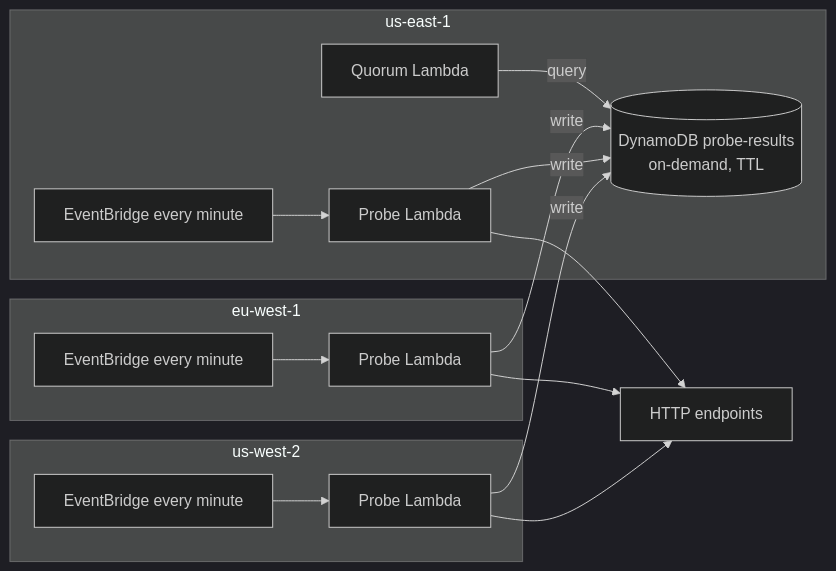
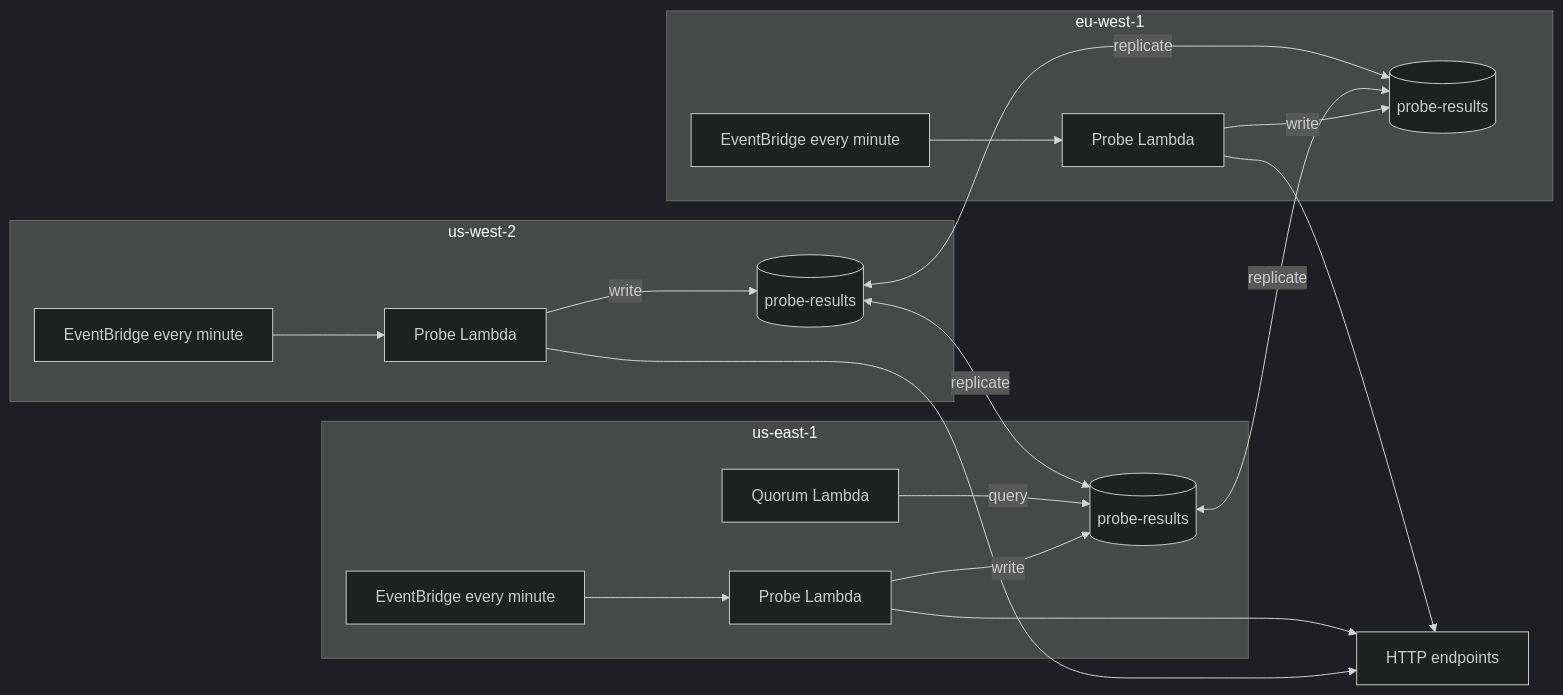
One commit to nickmori05/status-probes changed the diagram in README.md. Above: the diagram before and after it, drawn with Mermaid (dark theme). The commit also changed other lines of this file, not shown here.

First line of the commit message:
Describe the global table replicas in the README

````diff
--- a/README.md
+++ b/README.md
@@ -7,23 +7,28 @@
 ```mermaid
 flowchart LR
   subgraph usw2 [us-west-2]
     ruleW[EventBridge every minute] --> fnW[Probe Lambda]
+    tableW[("probe-results")]
   end
   subgraph use1 [us-east-1]
     ruleE[EventBridge every minute] --> fnE[Probe Lambda]
-    table[("DynamoDB probe-results<br/>on-demand, TTL")]
+    tableE[("probe-results")]
     quorum[Quorum Lambda]
   end
   subgraph euw1 [eu-west-1]
     ruleU[EventBridge every minute] --> fnU[Probe Lambda]
+    tableU[("probe-results")]
   end
 
   sites[HTTP endpoints]
   fnW --> sites
   fnE --> sites
   fnU --> sites
-  fnW -->|write| table
-  fnE -->|write| table
-  fnU -->|write| table
-  quorum -->|query| table
+  fnW -->|write| tableW
+  fnE -->|write| tableE
+  fnU -->|write| tableU
+  quorum -->|query| tableE
+  tableW <-->|replicate| tableE
+  tableE <-->|replicate| tableU
+  tableW <-->|replicate| tableU
 ```
````
